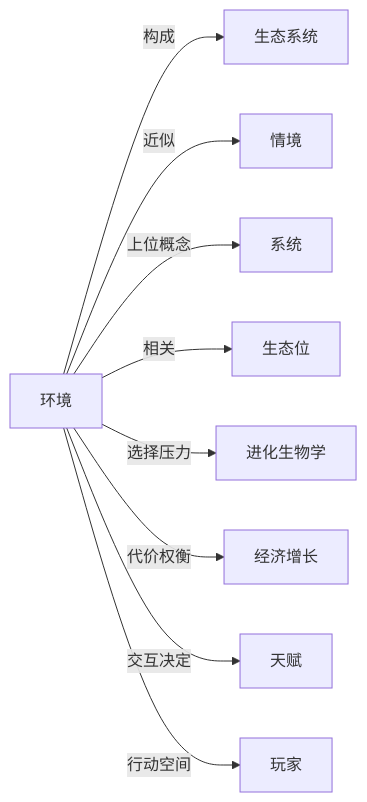
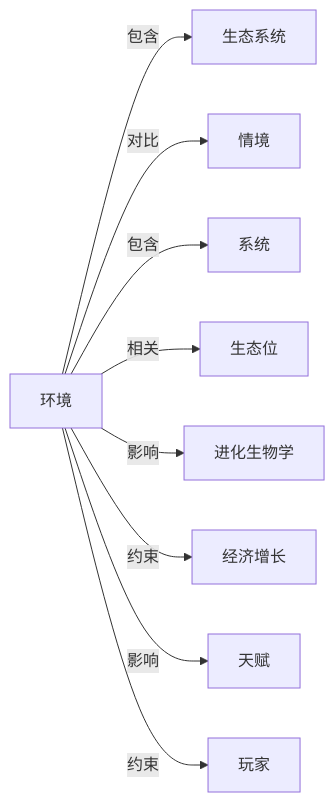
One commit to KIMMCHOW/MyKnowledge changed the diagram in Knowledge/Concepts/生态学/环境.md. Above: the diagram before and after it, drawn with Mermaid. The commit also changed 95 other files, not shown here.

Commit message:
reorganize: 统一关系图边标签为11类

````diff
--- a/Knowledge/Concepts/生态学/环境.md
+++ b/Knowledge/Concepts/生态学/环境.md
@@ -47,11 +47,11 @@
 ```mermaid
 graph LR
-环境 -->|构成| 生态系统
-环境 -->|近似| 情境
-环境 -->|上位概念| 系统
+环境 -->|包含| 生态系统
+环境 -->|对比| 情境
+环境 -->|包含| 系统
 环境 -->|相关| 生态位
-环境 -->|选择压力| 进化生物学
-环境 -->|代价权衡| 经济增长
-环境 -->|交互决定| 天赋
-环境 -->|行动空间| 玩家
+环境 -->|影响| 进化生物学
+环境 -->|约束| 经济增长
+环境 -->|影响| 天赋
+环境 -->|约束| 玩家
 ```
````
